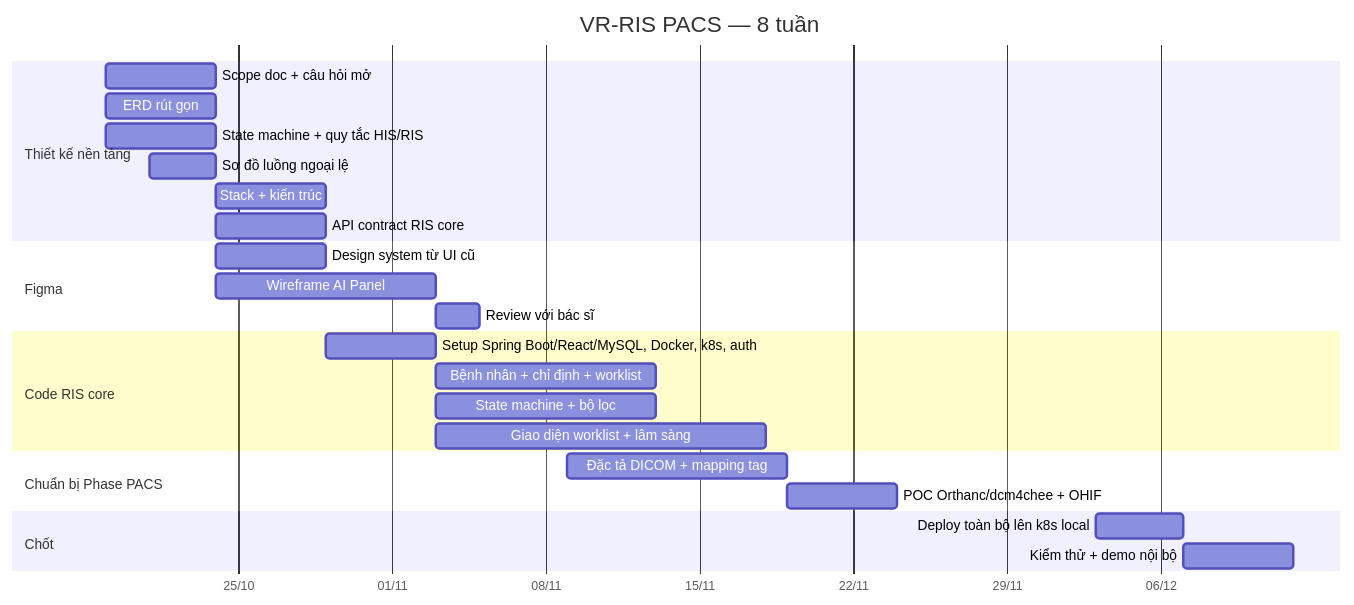
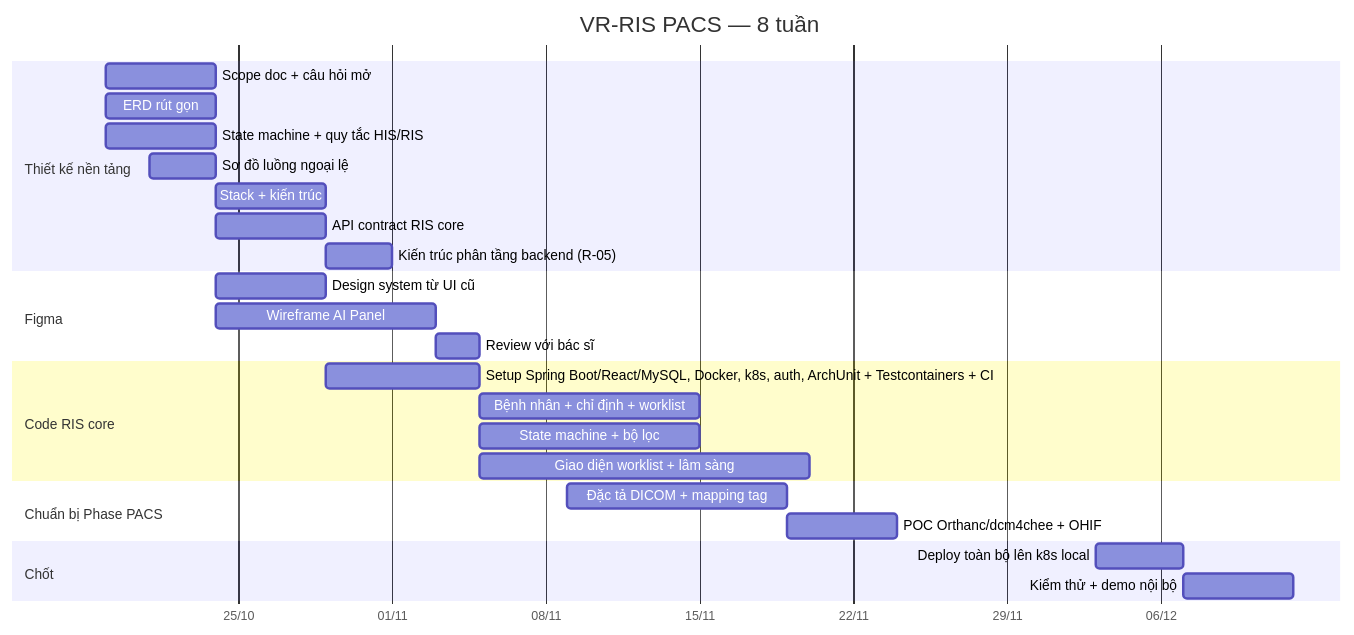
The seventh of 7 diagrams in README.md (dennynguyen0905/web-MRI), drawn with Mermaid before and after one commit. The commit also changed other lines of this file and 69 other files, not shown here.

````diff
--- a/README.md
+++ b/README.md
@@ -483,33 +491,34 @@
 ```mermaid
 gantt
     title VR-RIS PACS — 8 tuần
     dateFormat  YYYY-MM-DD
     axisFormat  %d/%m
  
     section Thiết kế nền tảng
     Scope doc + câu hỏi mở           :a1, 2026-10-19, 5d
     ERD rút gọn                      :a2, 2026-10-19, 5d
     State machine + quy tắc HIS/RIS  :a3, 2026-10-19, 5d
     Sơ đồ luồng ngoại lệ             :a4, 2026-10-21, 3d
     Stack + kiến trúc                :b1, after a1, 5d
     API contract RIS core            :b2, after a2, 5d
+    Kiến trúc phân tầng backend (R-05) :b3, after b1, 3d
  
     section Figma
     Design system từ UI cũ           :f1, after a3, 5d
     Wireframe AI Panel               :f2, after a3, 10d
     Review với bác sĩ                :f3, after f2, 2d
  
     section Code RIS core
-    Setup Spring Boot/React/MySQL, Docker, k8s, auth :c1, after b2, 5d
+    Setup Spring Boot/React/MySQL, Docker, k8s, auth, ArchUnit + Testcontainers + CI :c1, after b2, 7d
     Bệnh nhân + chỉ định + worklist  :c2, after c1, 10d
     State machine + bộ lọc           :c3, after c1, 10d
     Giao diện worklist + lâm sàng    :c4, after c1, 15d
  
     section Chuẩn bị Phase PACS
     Đặc tả DICOM + mapping tag       :d1, 2026-11-09, 10d
     POC Orthanc/dcm4chee + OHIF      :d2, after d1, 5d
  
     section Chốt
     Deploy toàn bộ lên k8s local     :e0, 2026-12-03, 4d
     Kiểm thử + demo nội bộ           :e1, 2026-12-07, 5d
 ```
````
